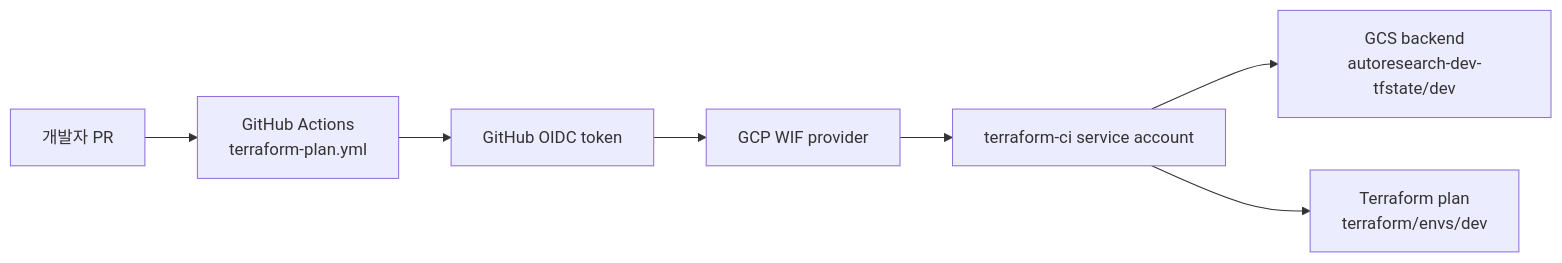
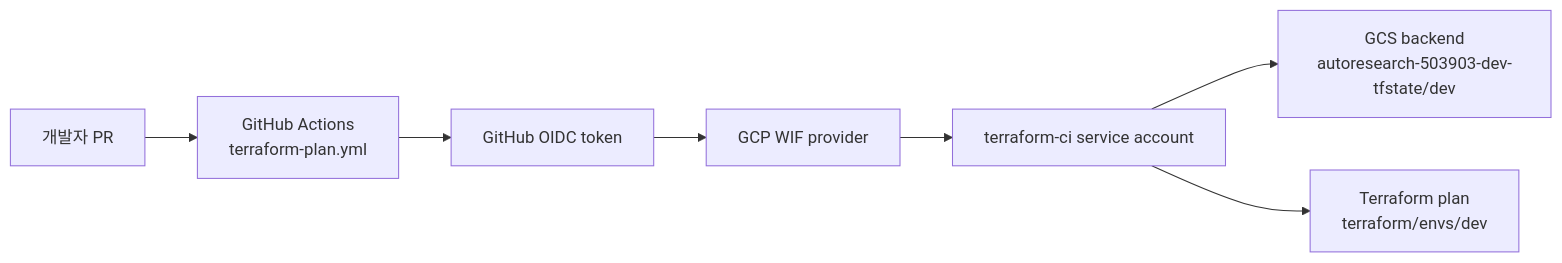
One commit to SKYAHO/Autoresearch-infra changed the third of 9 diagrams in docs/INFRASTRUCTURE_SUMMARY.md. Above: the diagram before and after it, drawn with Mermaid. The commit also changed other lines of this file and 23 other files, not shown here.

````diff
--- a/docs/INFRASTRUCTURE_SUMMARY.md
+++ b/docs/INFRASTRUCTURE_SUMMARY.md
@@ -229,14 +229,14 @@
 ```mermaid
 flowchart LR
     dev["개발자 PR"]
     actions["GitHub Actions<br/>terraform-plan.yml"]
     oidc["GitHub OIDC token"]
     wif["GCP WIF provider"]
     cisa["terraform-ci service account"]
-    state["GCS backend<br/>autoresearch-dev-tfstate/dev"]
+    state["GCS backend<br/>autoresearch-503903-dev-tfstate/dev"]
     plan["Terraform plan<br/>terraform/envs/dev"]
 
     dev --> actions --> oidc --> wif --> cisa
     cisa --> state
     cisa --> plan
 ```
````
